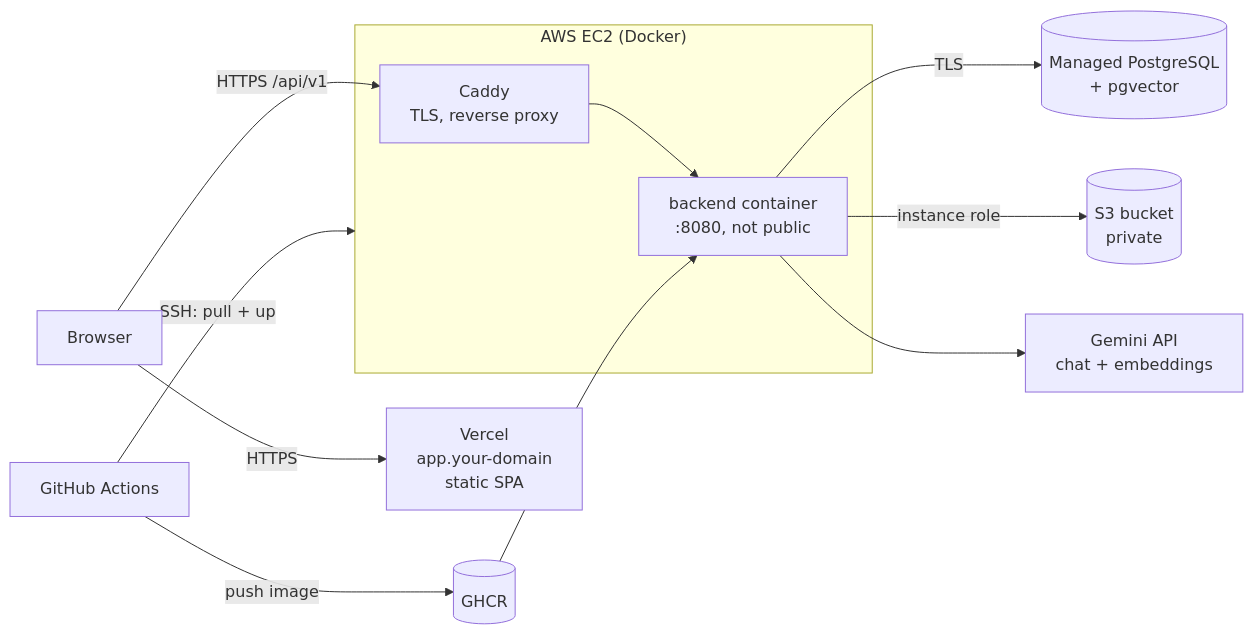
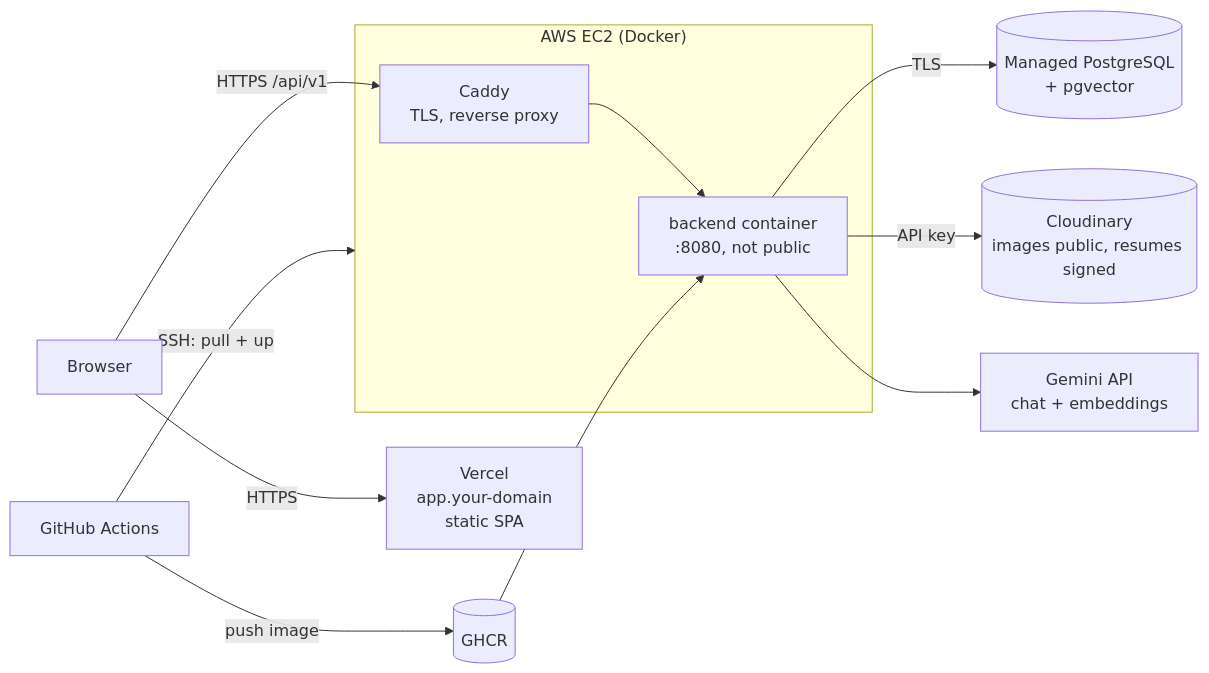
One commit to KanhaiyaPandey/HireFlow-AI changed the diagram in docs/deployment.md. Above: the diagram before and after it, drawn with Mermaid. The commit also changed other lines of this file and 90 other files, not shown here.

````diff
--- a/docs/deployment.md
+++ b/docs/deployment.md
@@ -231,16 +233,16 @@
 ```mermaid
 flowchart LR
     U[Browser] -->|HTTPS| V[Vercel<br/>app.your-domain<br/>static SPA]
     U -->|"HTTPS /api/v1"| C
 
     subgraph EC2["AWS EC2 (Docker)"]
         C[Caddy<br/>TLS, reverse proxy] --> B[backend container<br/>:8080, not public]
     end
 
     B -->|"TLS"| P[(Managed PostgreSQL<br/>+ pgvector)]
-    B -->|"instance role"| S[(S3 bucket<br/>private)]
+    B -->|"API key"| S[(Cloudinary<br/>images public, resumes signed)]
     B --> L[Gemini API<br/>chat + embeddings]
     G[GitHub Actions] -->|"push image"| R[(GHCR)]
     G -->|"SSH: pull + up"| EC2
     R --> B
 ```
````
